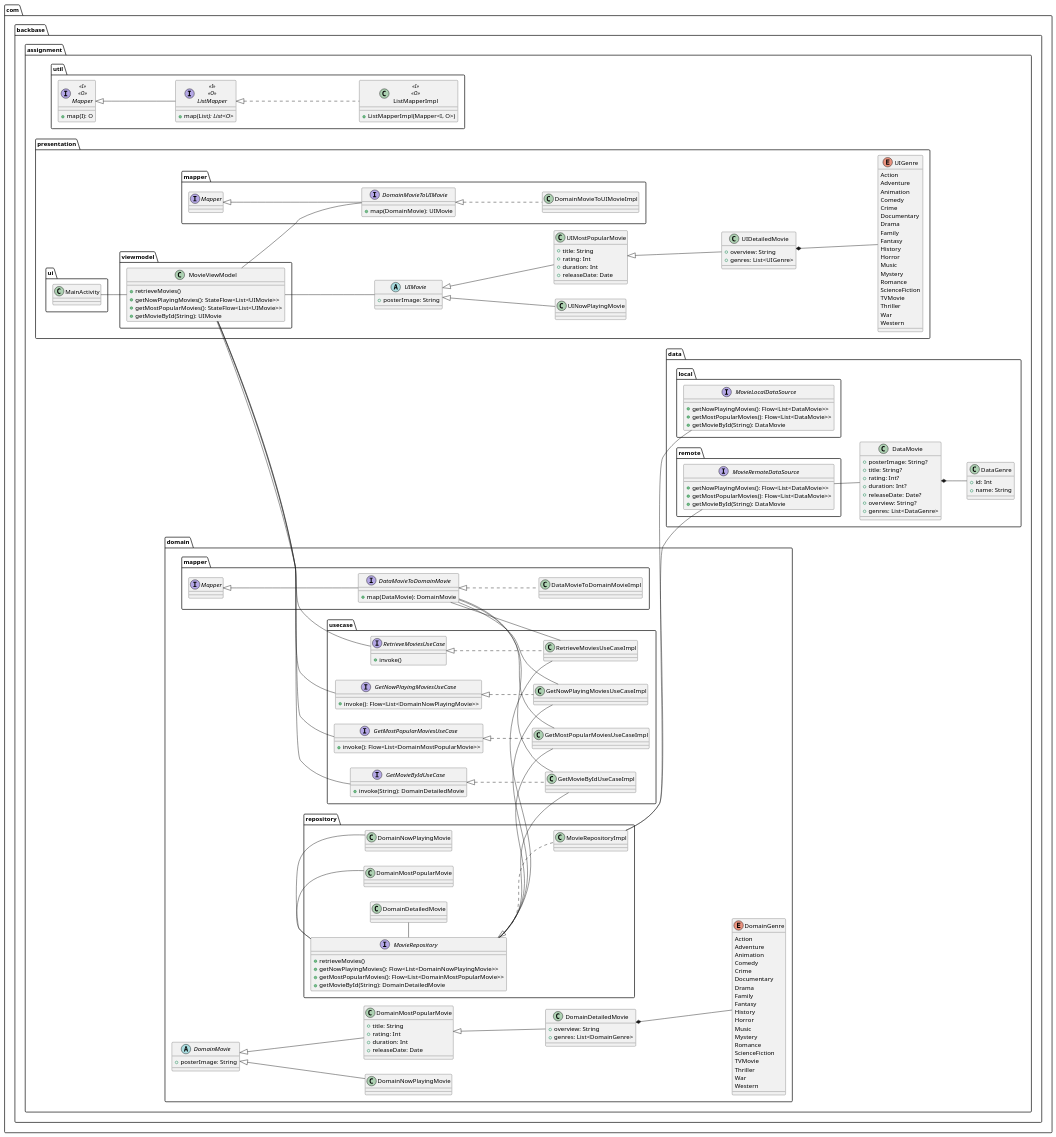
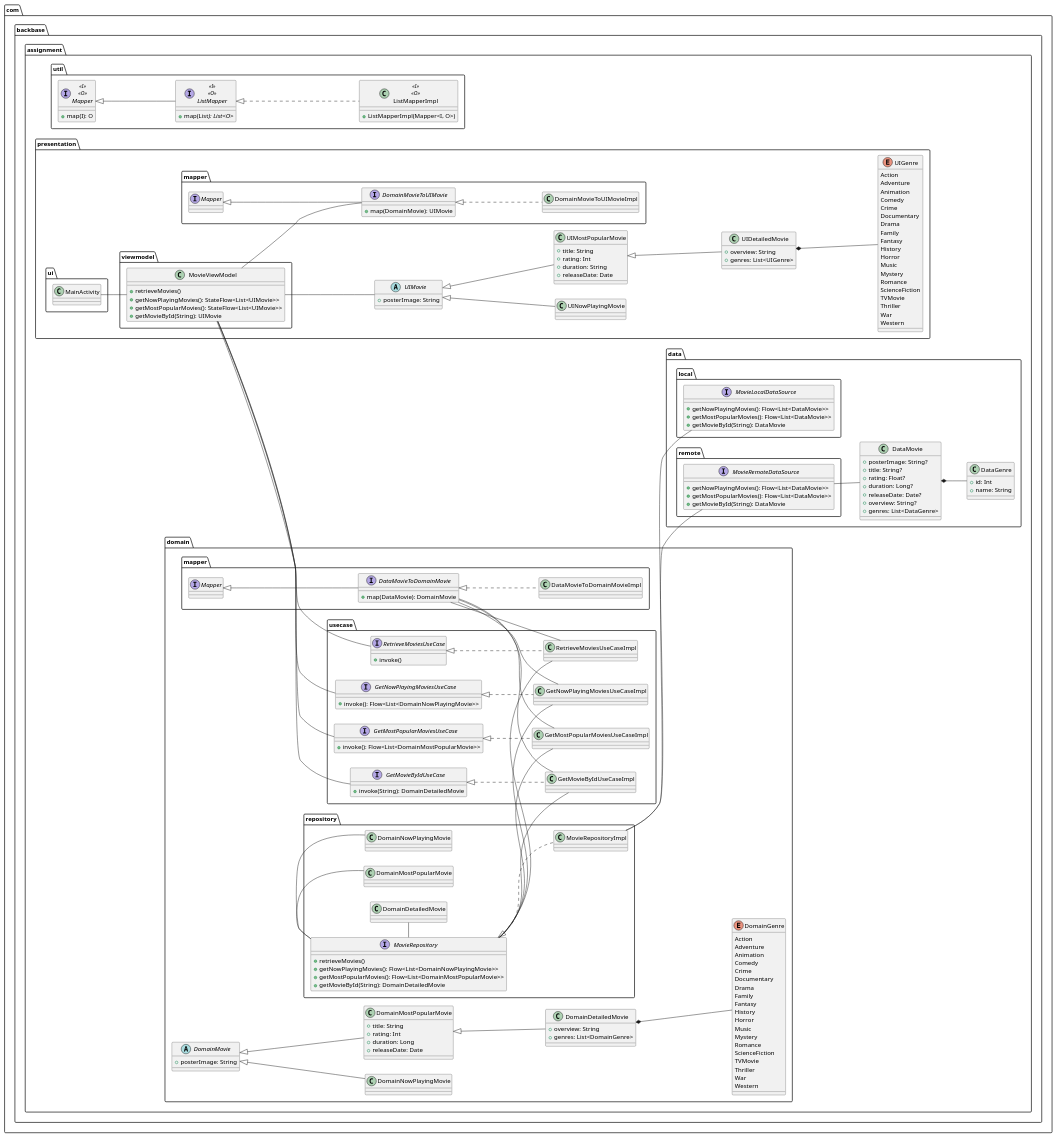
Before and after one commit to jesus-medina/MovieApp: the diagram in android/app/src/main/java/com/backbase/assignment/_app_architecture.puml, drawn with PlantUML.

Commit message:
App architecture diagram updated with duration types

```diff
--- a/android/app/src/main/java/com/backbase/assignment/_app_architecture.puml
+++ b/android/app/src/main/java/com/backbase/assignment/_app_architecture.puml
@@ -54,7 +54,7 @@
         class UIMostPopularMovie extends UIMovie {
             + title: String
             + rating: Int
-            + duration: Int
+            + duration: String
             + releaseDate: Date
         }
 
@@ -168,7 +168,7 @@
         class DomainMostPopularMovie extends DomainMovie {
             + title: String
             + rating: Int
-            + duration: Int
+            + duration: Long
             + releaseDate: Date
         }
 
@@ -228,8 +228,8 @@
         class DataMovie {
             + posterImage: String?
             + title: String?
-            + rating: Int?
-            + duration: Int?
+            + rating: Float?
+            + duration: Long?
             + releaseDate: Date?
             + overview: String?
             + genres: List<DataGenre>
```
